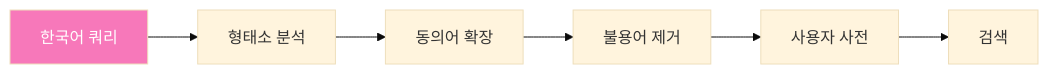
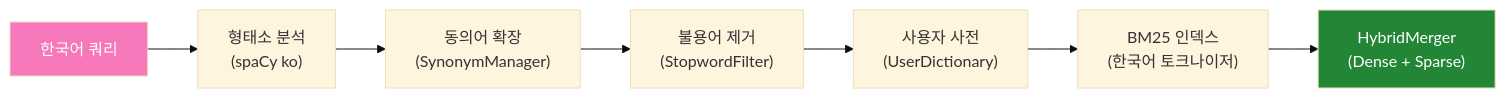
The ninth of 10 diagrams in docs/ARCHITECTURE.md (notadev-iamaura/OneRAG), drawn with Mermaid (base theme) before and after one commit. The commit also changed other lines of this file, not shown here.

Commit message:
문서: ARCHITECTURE.md 시스템 구조 다이어그램 및 난이도 설명 업데이트

````diff
--- a/docs/ARCHITECTURE.md
+++ b/docs/ARCHITECTURE.md
@@ -182,10 +373,12 @@
 ```mermaid
 flowchart LR
-    Q[한국어 쿼리] --> T[형태소 분석]
-    T --> SY[동의어 확장]
-    SY --> SW[불용어 제거]
-    SW --> UD[사용자 사전]
-    UD --> S[검색]
+    Q["한국어 쿼리"] --> T["형태소 분석<br/>(spaCy ko)"]
+    T --> SY["동의어 확장<br/>(SynonymManager)"]
+    SY --> SW["불용어 제거<br/>(StopwordFilter)"]
+    SW --> UD["사용자 사전<br/>(UserDictionary)"]
+    UD --> BM["BM25 인덱스<br/>(한국어 토크나이저)"]
+    BM --> HM["HybridMerger<br/>(Dense + Sparse)"]
 
     style Q fill:#f778ba,color:#fff
+    style HM fill:#238636,color:#fff
 ```
````
